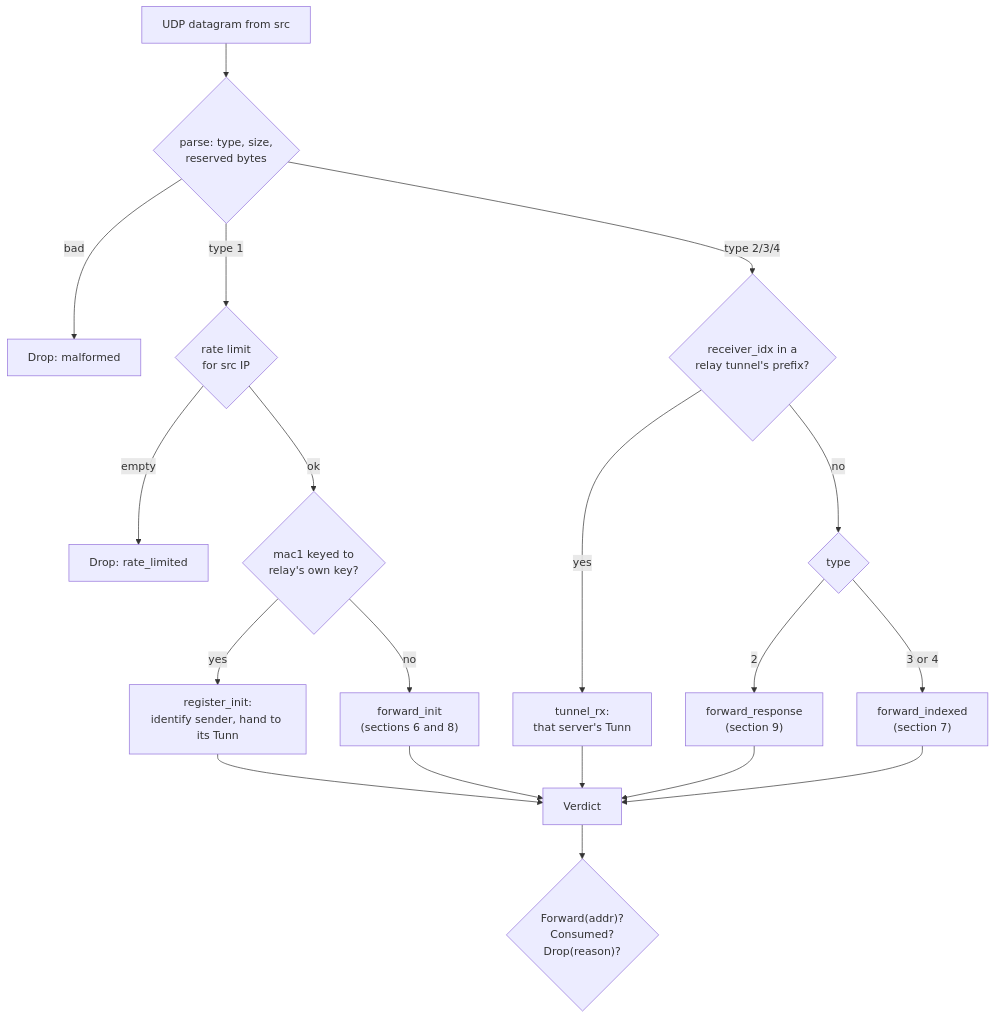
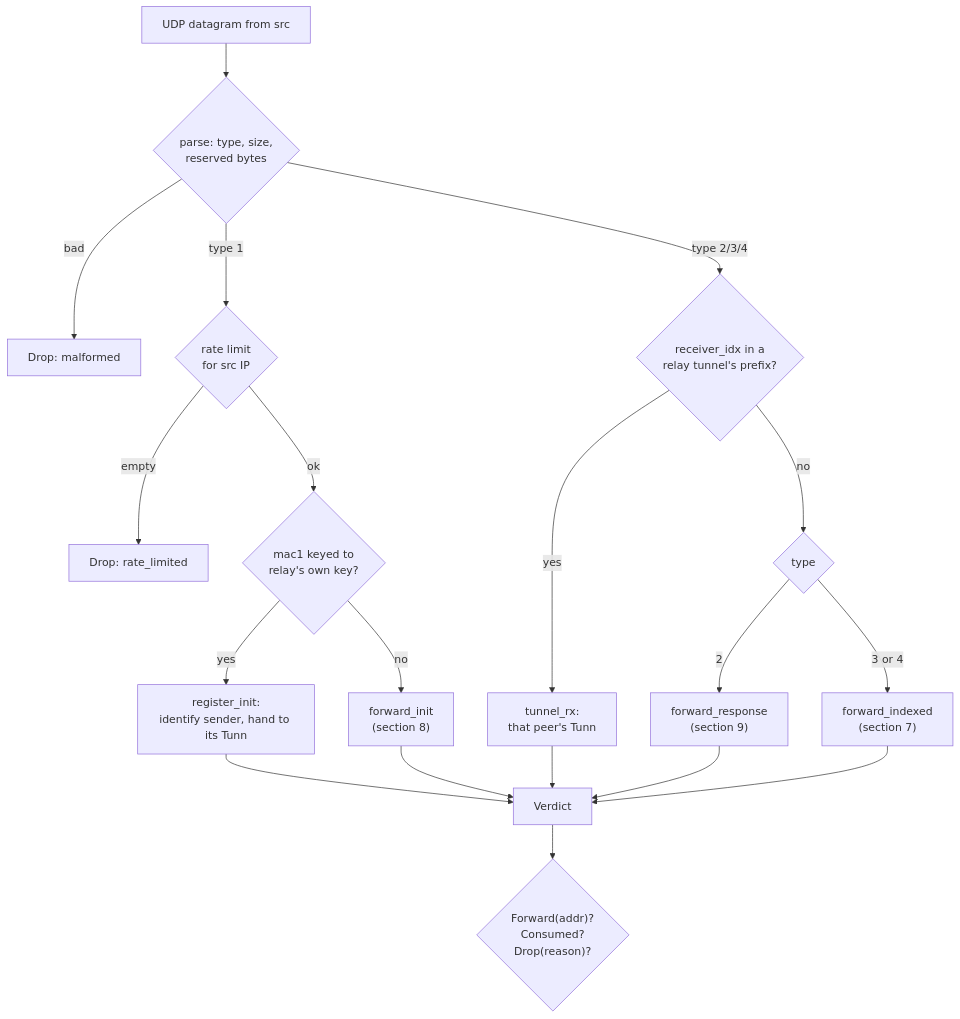
Before and after one commit to 3alpha/wg-relay: diagram 14 of 22 in docs/how-it-works.md, drawn with Mermaid. The commit also changed other lines of this file and 16 other files, not shown here.

````diff
--- a/docs/how-it-works.md
+++ b/docs/how-it-works.md
@@ -457,21 +456,21 @@
 ```mermaid
 flowchart TD
     IN["UDP datagram from src"] --> P{"parse: type, size,<br/>reserved bytes"}
     P -- bad --> M["Drop: malformed"]
     P -- "type 1" --> RL{"rate limit<br/>for src IP"}
     RL -- empty --> D1["Drop: rate_limited"]
     RL -- ok --> RM{"mac1 keyed to<br/>relay's own key?"}
     RM -- yes --> REG["register_init:<br/>identify sender, hand to its Tunn"]
-    RM -- no --> FI["forward_init<br/>(sections 6 and 8)"]
+    RM -- no --> FI["forward_init<br/>(section 8)"]
     P -- "type 2/3/4" --> PX{"receiver_idx in a<br/>relay tunnel's prefix?"}
-    PX -- yes --> TR["tunnel_rx:<br/>that server's Tunn"]
+    PX -- yes --> TR["tunnel_rx:<br/>that peer's Tunn"]
     PX -- no --> T2{"type"}
     T2 -- 2 --> FR["forward_response<br/>(section 9)"]
     T2 -- "3 or 4" --> FX["forward_indexed<br/>(section 7)"]
     REG --> V["Verdict"]
     TR --> V
     FI --> V
     FR --> V
     FX --> V
     V --> OUT{"Forward(addr)?<br/>Consumed?<br/>Drop(reason)?"}
 ```
````
